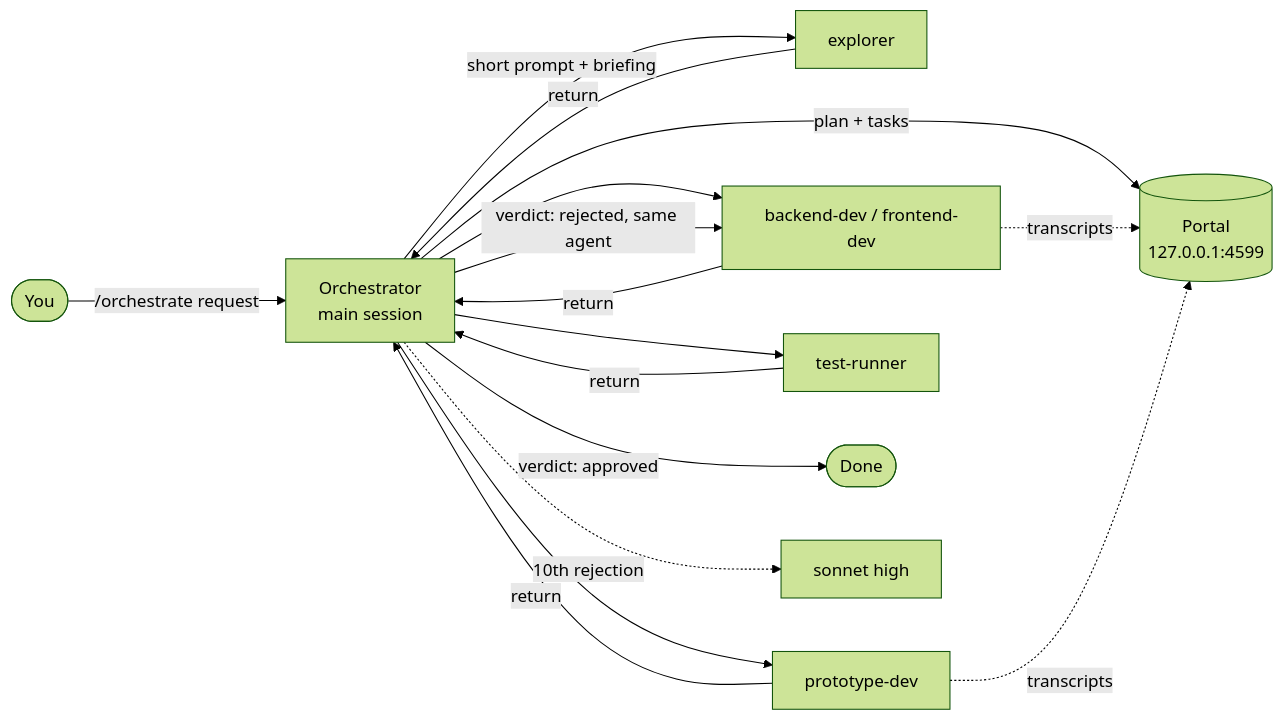
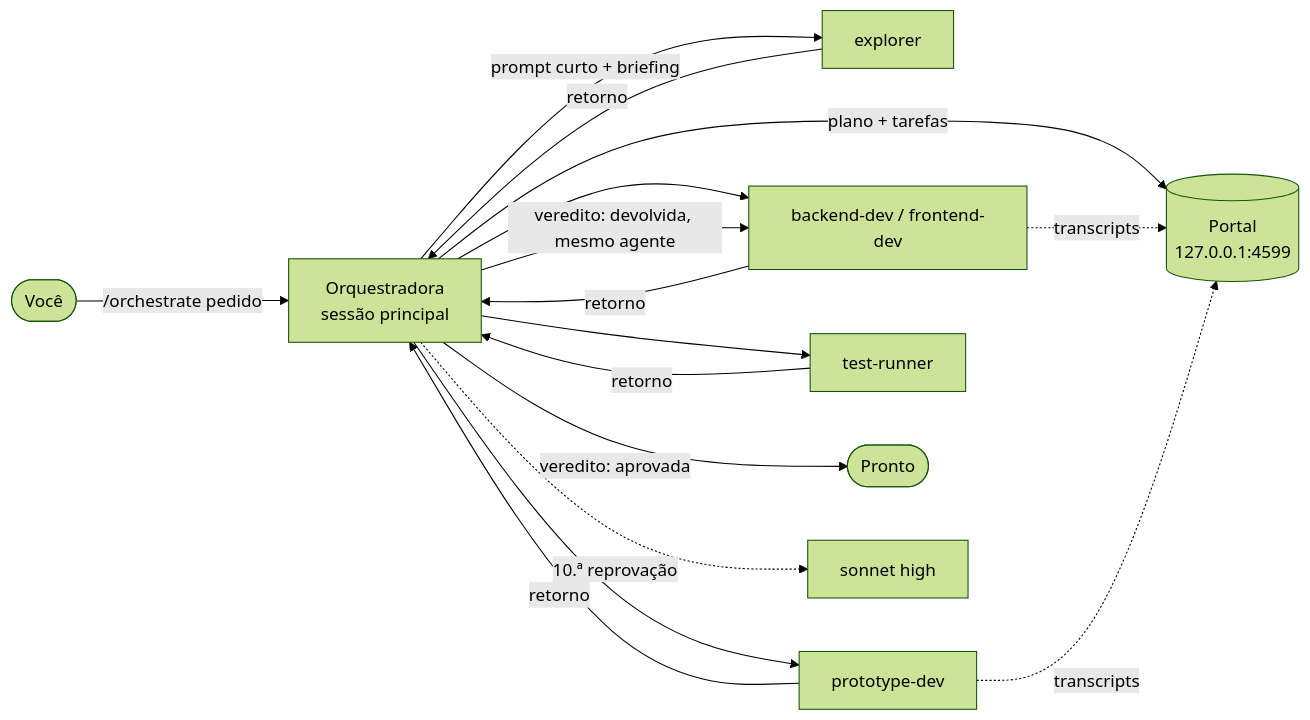
The diagram in README.md (edilsonvilarinho/orchestrator), drawn with Mermaid (forest theme) before and after one commit. The commit also changed other lines of this file and 13 other files, not shown here.

First line of the commit message:
feat: per-project agent setup, --no-portal, --design-system, smoother demo GIF

````diff
--- a/README.md
+++ b/README.md
@@ -22,14 +22,14 @@
 ```mermaid
 flowchart LR
-    U([You]) -->|/orchestrate request| O[Orchestrator<br/>main session]
-    O -->|plan + tasks| P[(Portal<br/>127.0.0.1:4599)]
-    O -->|short prompt + briefing| A1[explorer]
+    U([Você]) -->|/orchestrate pedido| O[Orquestradora<br/>sessão principal]
+    O -->|plano + tarefas| P[(Portal<br/>127.0.0.1:4599)]
+    O -->|prompt curto + briefing| A1[explorer]
     O --> A2[backend-dev / frontend-dev]
     O --> A3[prototype-dev]
     O --> A4[test-runner]
-    A1 & A2 & A3 & A4 -->|return| O
-    O -->|verdict: approved| D([Done])
-    O -->|verdict: rejected, same agent| A2
-    O -.->|10th rejection| S[sonnet high]
+    A1 & A2 & A3 & A4 -->|retorno| O
+    O -->|veredito: aprovada| D([Pronto])
+    O -->|veredito: devolvida, mesmo agente| A2
+    O -.->|10.ª reprovação| S[sonnet high]
     A2 & A3 -.->|transcripts| P
 ```
````
